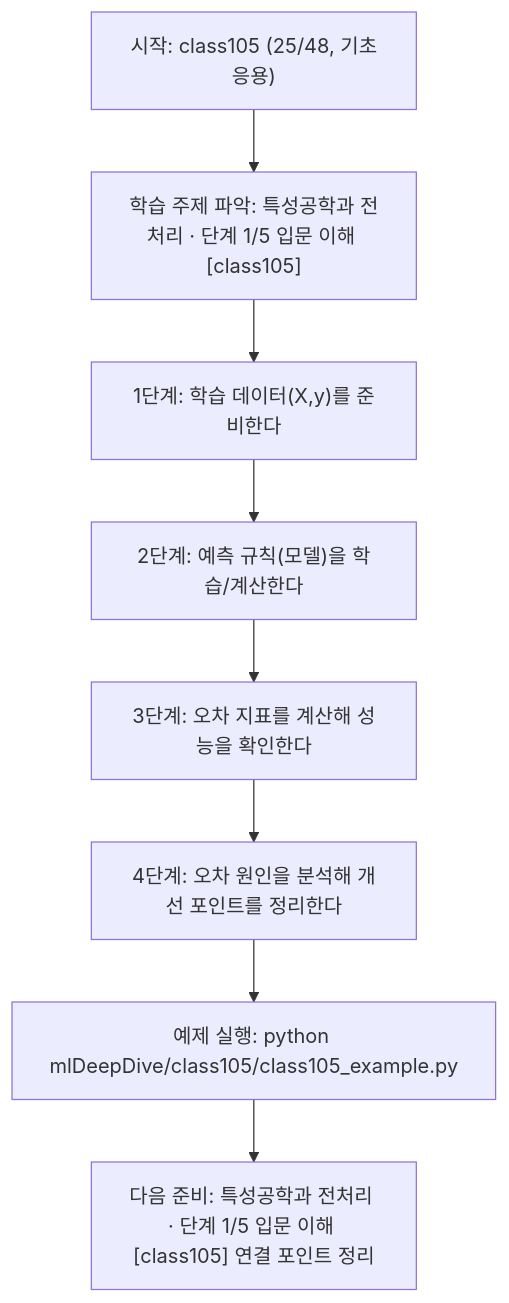
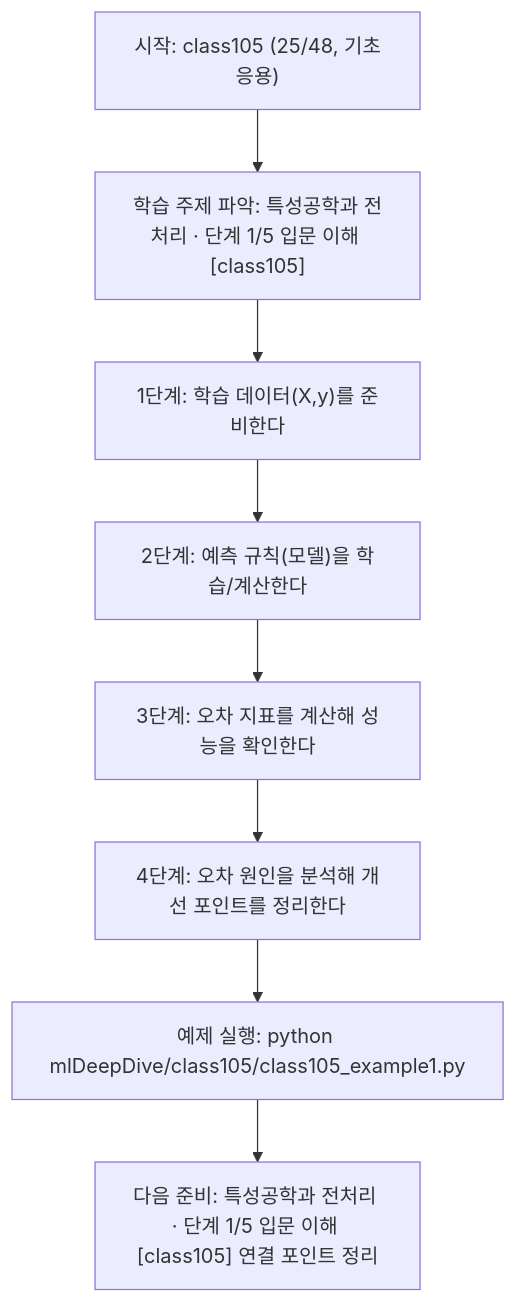
Before and after one commit to edumgt/Python-AI_Agent-Class: the diagram in mlDeepDive/class105/class105.md, drawn with Mermaid. The commit also changed other lines of this file and 2959 other files, not shown here.

````diff
--- a/mlDeepDive/class105/class105.md
+++ b/mlDeepDive/class105/class105.md
@@ -109,18 +109,18 @@
 ```mermaid
 flowchart TD
 N1["시작: class105 (25/48, 기초응용)"]
 N2["학습 주제 파악: 특성공학과 전처리 · 단계 1/5 입문 이해 [class105]"]
 N3["1단계: 학습 데이터(X,y)를 준비한다"]
 N4["2단계: 예측 규칙(모델)을 학습/계산한다"]
 N5["3단계: 오차 지표를 계산해 성능을 확인한다"]
 N6["4단계: 오차 원인을 분석해 개선 포인트를 정리한다"]
-N7["예제 실행: python mlDeepDive/class105/class105_example.py"]
+N7["예제 실행: python mlDeepDive/class105/class105_example1.py"]
 N8["다음 준비: 특성공학과 전처리 · 단계 1/5 입문 이해 [class105] 연결 포인트 정리"]
 N1 --> N2
 N2 --> N3
 N3 --> N4
 N4 --> N5
 N5 --> N6
 N6 --> N7
 N7 --> N8
 ```
````
